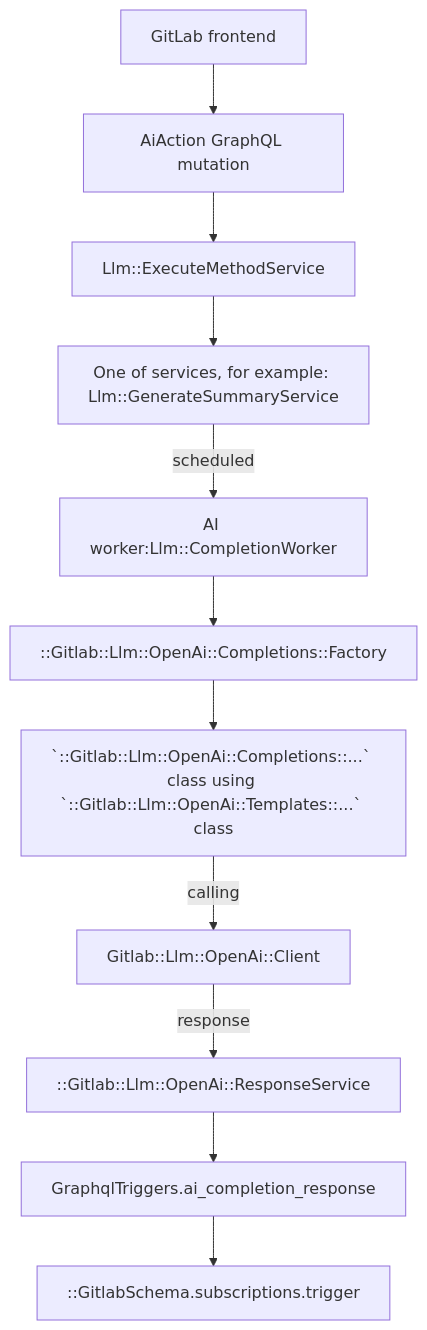
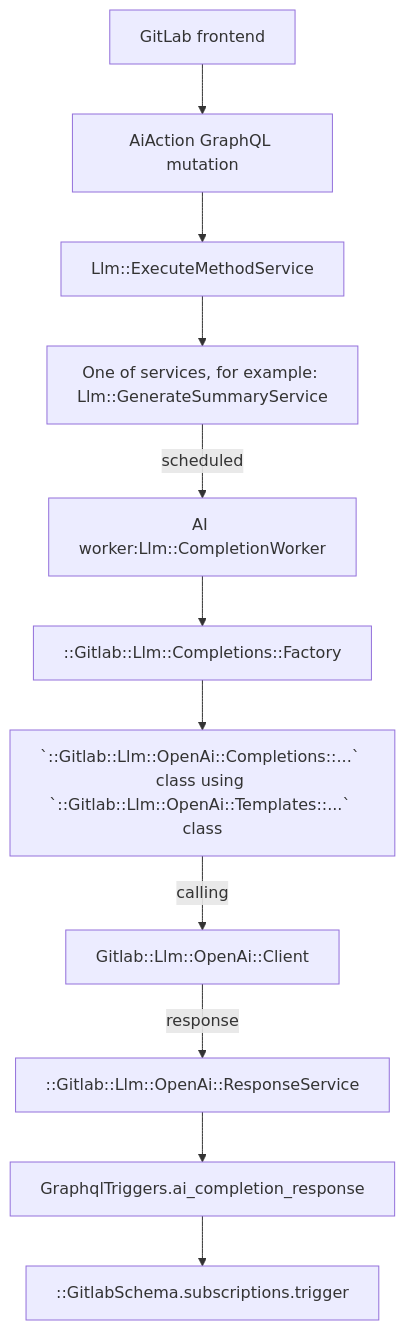
Before and after one commit to diffblue/gitlab: the diagram in doc/development/ai_features.md, drawn with Mermaid. The commit also changed other lines of this file, not shown here.

````diff
--- a/doc/development/ai_features.md
+++ b/doc/development/ai_features.md
@@ -141,13 +141,13 @@
 ```mermaid
 flowchart TD
 A[GitLab frontend] -->B[AiAction GraphQL mutation]
 B --> C[Llm::ExecuteMethodService]
 C --> D[One of services, for example: Llm::GenerateSummaryService]
 D -->|scheduled| E[AI worker:Llm::CompletionWorker]
-E -->F[::Gitlab::Llm::OpenAi::Completions::Factory]
+E -->F[::Gitlab::Llm::Completions::Factory]
 F -->G[`::Gitlab::Llm::OpenAi::Completions::...` class using `::Gitlab::Llm::OpenAi::Templates::...` class]
 G -->|calling| H[Gitlab::Llm::OpenAi::Client]
 H --> |response| I[::Gitlab::Llm::OpenAi::ResponseService]
 I --> J[GraphqlTriggers.ai_completion_response]
 J --> K[::GitlabSchema.subscriptions.trigger]
 ```
````
